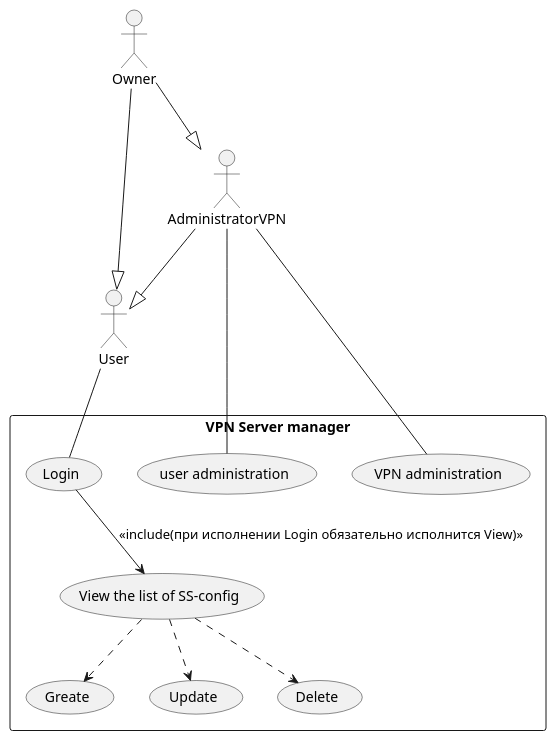
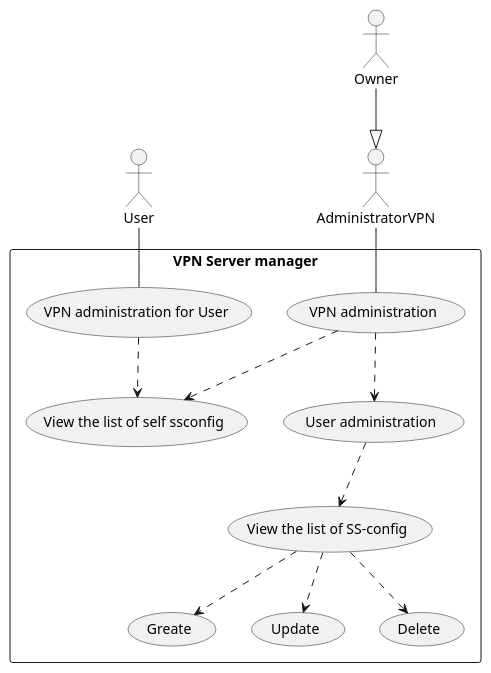
The diagram in UserCaseDiagram.plantuml (MaratDevOps/VPNManagerDoc), drawn with PlantUML before and after one commit. The commit also changed 13 other files, not shown here.

```diff
--- a/UserCaseDiagram.plantuml
+++ b/UserCaseDiagram.plantuml
@@ -1,28 +1,21 @@
-@startuml
-actor User
+@startuml UserCaseMain
+
 actor AdministratorVPN
 actor Owner 
-
-AdministratorVPN --|> User
-Owner --|> User
+actor User
 Owner --|> AdministratorVPN
 
-rectangle "VPN Server manager" {
-    User -- (Login)
-    /'User -- (Greate SS-config set)
-    User -- (Добавлять товар в корзину)
-    User -- (Оформлять заказ)'/
-    
-    (Login) --> (View the list of SS-config) :<<include(при исполнении Login обязательно исполнится View)>>
+rectangle "VPN Server manager" {  
+    AdministratorVPN -- (VPN administration)
+    User -- (VPN administration for User)
+    (VPN administration) ..> (User administration)
+    (VPN administration)..> (View the list of self ssconfig)
+    (User administration) ..> (View the list of SS-config)
     (View the list of SS-config) ..> (Greate) 
     (View the list of SS-config) ..> (Update)
     (View the list of SS-config) ..> (Delete)
+   
+    (VPN administration for User) ..> (View the list of self ssconfig)
 
-    AdministratorVPN -- (user administration)
-    AdministratorVPN -- (VPN administration)
-    
-   
-    /'Администратор -- (Управлять товарами)
-    Администратор -- (Обрабатывать заказы)'/
 }
 @enduml
```
